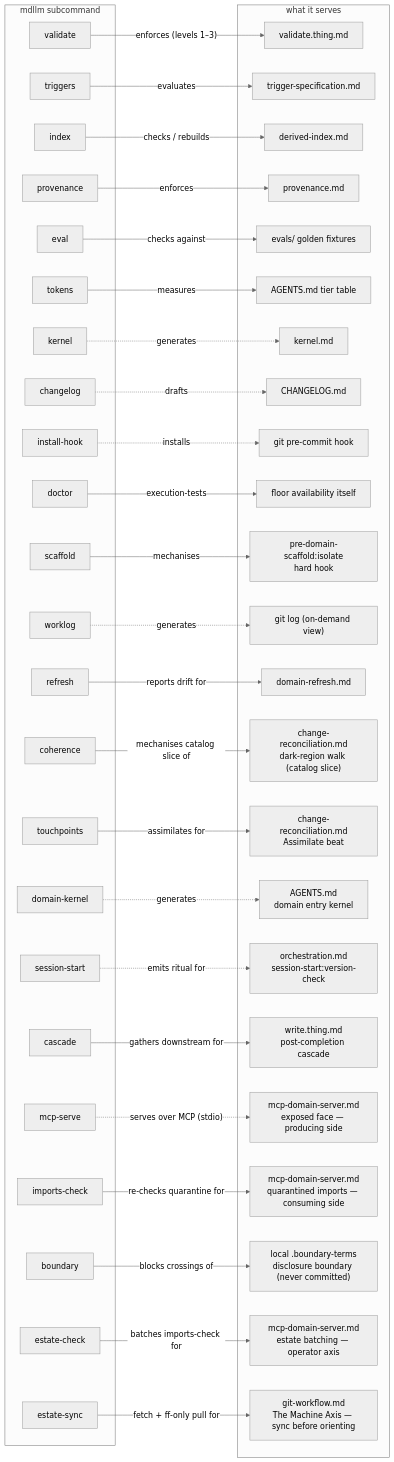
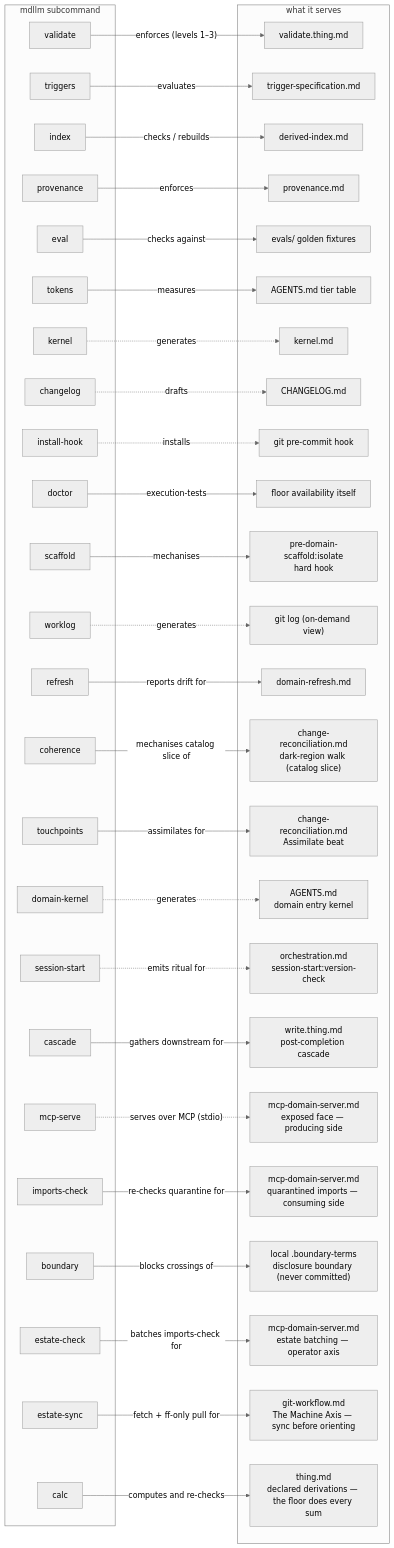
The third of 4 diagrams in docs/framework-map.md (JanoshMoshiri/MarkdownLLM), drawn with Mermaid (neutral theme) before and after one commit. The commit also changed other lines of this file and 10 other files, not shown here.

First line of the commit message:
framework: v3.25.0 — the floor does every sum (plan Phase 5)

````diff
--- a/docs/framework-map.md
+++ b/docs/framework-map.md
@@ -175,77 +175,80 @@
 ```mermaid
 flowchart LR
     subgraph cli ["mdllm subcommand"]
         C1["validate"]
         C2["triggers"]
         C3["index"]
         C4["provenance"]
         C5["eval"]
         C6["tokens"]
         C7["kernel"]
         C8["changelog"]
         C9["install-hook"]
         C10["doctor"]
         C11["scaffold"]
         C12["worklog"]
         C13["refresh"]
         C14["coherence"]
         C15["touchpoints"]
         C16["domain-kernel"]
         C17["session-start"]
         C18["cascade"]
         C19["mcp-serve"]
         C20["imports-check"]
         C21["boundary"]
         C22["estate-check"]
         C23["estate-sync"]
+        C24["calc"]
     end
     subgraph target ["what it serves"]
         T1["validate.thing.md"]
         T2["trigger-specification.md"]
         T3["derived-index.md"]
         T4["provenance.md"]
         T5["evals/ golden fixtures"]
         T6["AGENTS.md tier table"]
         T7["kernel.md"]
         T8["CHANGELOG.md"]
         T9["git pre-commit hook"]
         T10["floor availability itself"]
         T11["pre-domain-scaffold:isolate<br/>hard hook"]
         T12["git log (on-demand view)"]
         T13["domain-refresh.md"]
         T14["change-reconciliation.md<br/>dark-region walk (catalog slice)"]
         T15["change-reconciliation.md<br/>Assimilate beat"]
         T16["AGENTS.md<br/>domain entry kernel"]
         T17["orchestration.md<br/>session-start:version-check"]
         T18["write.thing.md<br/>post-completion cascade"]
         T19["mcp-domain-server.md<br/>exposed face — producing side"]
         T20["mcp-domain-server.md<br/>quarantined imports — consuming side"]
         T21["local .boundary-terms<br/>disclosure boundary (never committed)"]
         T22["mcp-domain-server.md<br/>estate batching — operator axis"]
         T23["git-workflow.md<br/>The Machine Axis — sync before orienting"]
+        T24["thing.md<br/>declared derivations — the floor does every sum"]
     end
 
     C1 -->|"enforces (levels 1–3)"| T1
     C2 -->|evaluates| T2
     C3 -->|"checks / rebuilds"| T3
     C4 -->|enforces| T4
     C5 -->|checks against| T5
     C6 -->|measures| T6
     C7 -.->|generates| T7
     C8 -.->|drafts| T8
     C9 -.->|installs| T9
     C10 -->|"execution-tests"| T10
     C11 -->|mechanises| T11
     C12 -.->|generates| T12
     C13 -->|"reports drift for"| T13
     C14 -->|"mechanises catalog slice of"| T14
     C15 -->|"assimilates for"| T15
     C16 -.->|"generates"| T16
     C17 -.->|"emits ritual for"| T17
     C18 -->|"gathers downstream for"| T18
     C19 -.->|"serves over MCP (stdio)"| T19
     C20 -->|"re-checks quarantine for"| T20
     C21 -->|"blocks crossings of"| T21
     C22 -->|"batches imports-check for"| T22
     C23 -->|"fetch + ff-only pull for"| T23
+    C24 -->|"computes and re-checks"| T24
 ```
````
